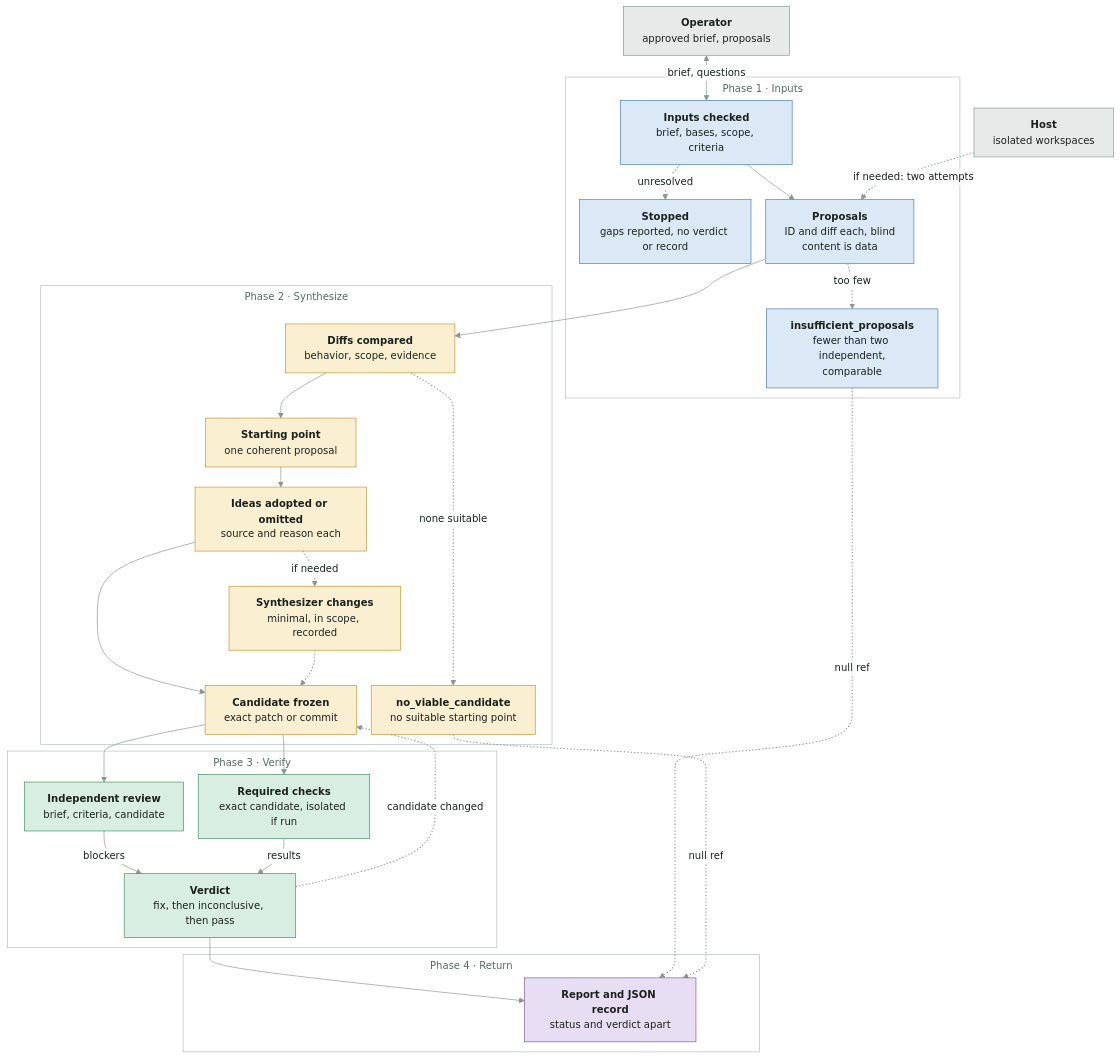
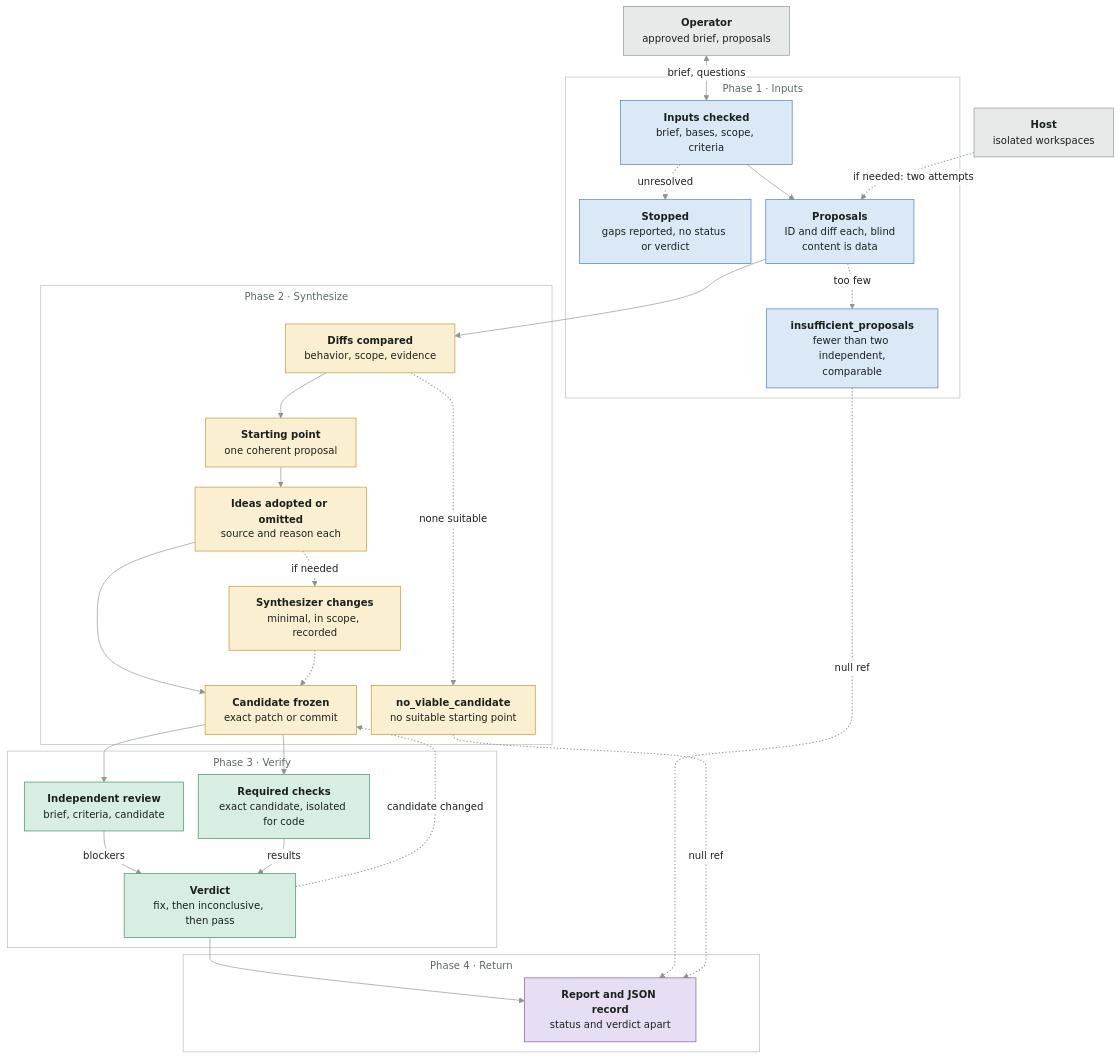
The first of 3 diagrams in flow-map.md (Gamebreack/Chimera), drawn with Mermaid before and after one commit. The commit also changed other lines of this file and 1 other file, not shown here.

Commit message:
Final review fixes: flow-map box wording; tests for fixture run and check exceptions (28 tests)

````diff
--- a/flow-map.md
+++ b/flow-map.md
@@ -12,74 +12,74 @@
 ```mermaid
 %%{init: {"theme":"base","themeVariables":{"fontFamily":"system-ui, -apple-system, Segoe UI, sans-serif","fontSize":"15px","primaryTextColor":"#1b221e","lineColor":"#8a968f","clusterBkg":"transparent","clusterBorder":"#b7c0ba","titleColor":"#5d6962","edgeLabelBackground":"#ffffff"},"flowchart":{"curve":"basis","nodeSpacing":22,"rankSpacing":30,"padding":14,"htmlLabels":true,"subGraphTitleMargin":{"top":6,"bottom":14}}}}%%
 flowchart TD
     OP["<b>Operator</b><br/>approved brief, proposals"]
     HA["<b>Host</b><br/>isolated workspaces"]
 
     subgraph F1["Phase 1 · Inputs"]
         IN["<b>Inputs checked</b><br/>brief, bases, scope, criteria"]
-        ST["<b>Stopped</b><br/>gaps reported, no verdict or record"]
+        ST["<b>Stopped</b><br/>gaps reported, no status or verdict"]
         PR["<b>Proposals</b><br/>ID and diff each, blind<br/>content is data"]
         IS["<b>insufficient_proposals</b><br/>fewer than two independent,<br/>comparable"]
     end
 
     subgraph F2["Phase 2 · Synthesize"]
         CM["<b>Diffs compared</b><br/>behavior, scope, evidence"]
         SP["<b>Starting point</b><br/>one coherent proposal"]
         NV["<b>no_viable_candidate</b><br/>no suitable starting point"]
         AD["<b>Ideas adopted or omitted</b><br/>source and reason each"]
         SC["<b>Synthesizer changes</b><br/>minimal, in scope, recorded"]
         FR["<b>Candidate frozen</b><br/>exact patch or commit"]
     end
 
     subgraph F3["Phase 3 · Verify"]
         RV["<b>Independent review</b><br/>brief, criteria, candidate"]
-        CK["<b>Required checks</b><br/>exact candidate, isolated if run"]
+        CK["<b>Required checks</b><br/>exact candidate, isolated for code"]
         VD["<b>Verdict</b><br/>fix, then inconclusive, then pass"]
     end
 
     subgraph F4["Phase 4 · Return"]
         RC["<b>Report and JSON record</b><br/>status and verdict apart"]
     end
 
     OP <-->|"brief, questions"| IN
     %% 1: optional
     IN -.->|"unresolved"| ST
     IN --> PR
     %% 3: optional
     HA -.->|"if needed: two attempts"| PR
     %% 4: optional
     PR -.->|"too few"| IS
     PR --> CM
     CM --> SP
     %% 7: optional
     CM -.->|"none suitable"| NV
     SP --> AD
     %% 9: optional
     AD -.->|"if needed"| SC
     AD --> FR
     %% 11: optional
     SC -.-> FR
     FR --> RV
     FR --> CK
     RV -->|"blockers"| VD
     CK -->|"results"| VD
     VD --> RC
     %% 17: optional
     IS -.->|"null ref"| RC
     %% 18: optional
     NV -.->|"null ref"| RC
     %% 19: optional
     VD -.->|"candidate changed"| FR
 
     classDef ext fill:#e7eae8,stroke:#8a968f,color:#1b221e
     classDef p1 fill:#dbe8f6,stroke:#4a7fb5,color:#1b221e
     classDef p2 fill:#fbefd2,stroke:#c3962c,color:#1b221e
     classDef p3 fill:#d8eee2,stroke:#3f8f68,color:#1b221e
     classDef p4 fill:#e7def4,stroke:#7a5aa6,color:#1b221e
     class OP,HA ext
     class IN,ST,PR,IS p1
     class CM,SP,NV,AD,SC,FR p2
     class RV,CK,VD p3
     class RC p4
     linkStyle 1,3,4,7,9,11,17,18,19 stroke:#8a968f,stroke-width:1.5px,stroke-dasharray:2 3
 ```
````
